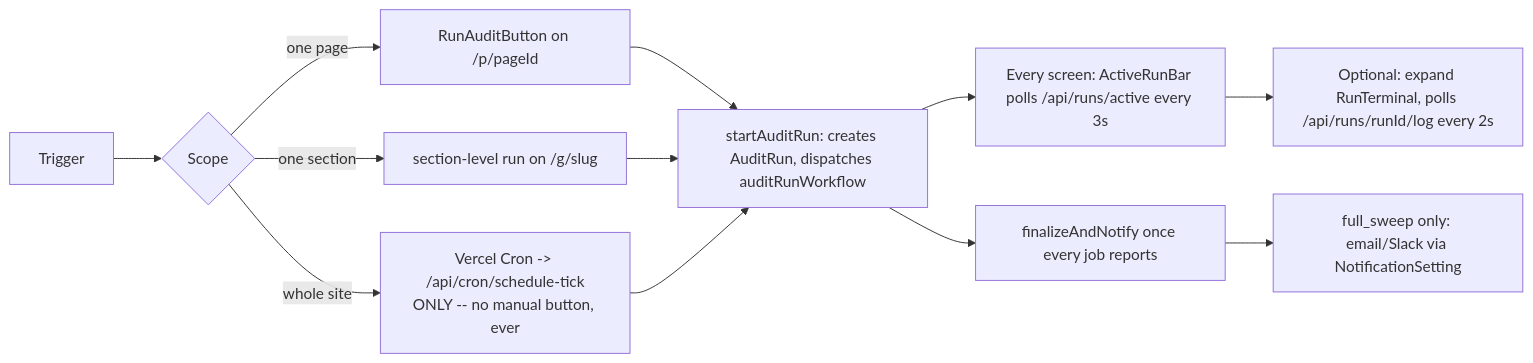
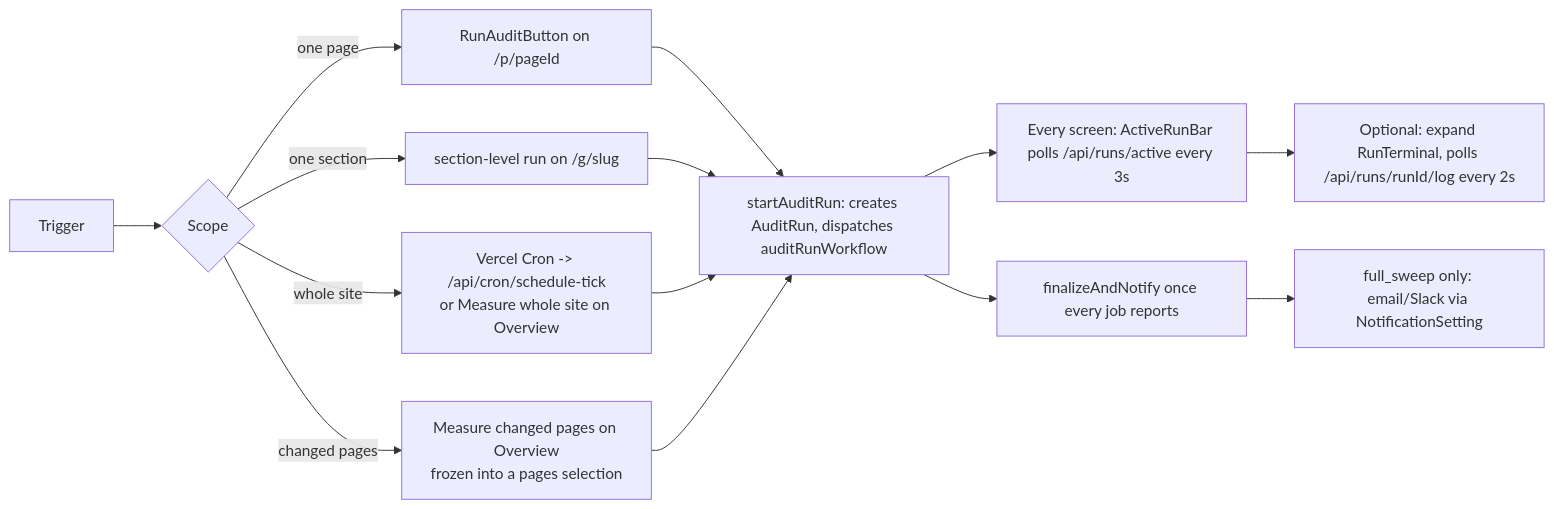
The third of 5 diagrams in docs/APP_FLOW.md (dasariprashant0/pagespeed-auditor), drawn with Mermaid before and after one commit. The commit also changed other lines of this file and 62 other files, not shown here.

````diff
--- a/docs/APP_FLOW.md
+++ b/docs/APP_FLOW.md
@@ -54,12 +54,13 @@
 ```mermaid
 flowchart LR
   A[Trigger] --> B{Scope}
   B -->|one page| C[RunAuditButton on /p/pageId]
   B -->|one section| D[section-level run on /g/slug]
-  B -->|whole site| E[Vercel Cron -> /api/cron/schedule-tick<br/>ONLY -- no manual button, ever]
-  C & D & E --> F[startAuditRun: creates AuditRun, dispatches auditRunWorkflow]
+  B -->|whole site| E[Vercel Cron -> /api/cron/schedule-tick<br/>or Measure whole site on Overview]
+  B -->|changed pages| K[Measure changed pages on Overview<br/>frozen into a pages selection]
+  C & D & E & K --> F[startAuditRun: creates AuditRun, dispatches auditRunWorkflow]
   F --> G[Every screen: ActiveRunBar polls /api/runs/active every 3s]
   G --> H[Optional: expand RunTerminal, polls /api/runs/runId/log every 2s]
   F --> I[finalizeAndNotify once every job reports]
   I --> J[full_sweep only: email/Slack via NotificationSetting]
 ```
````
